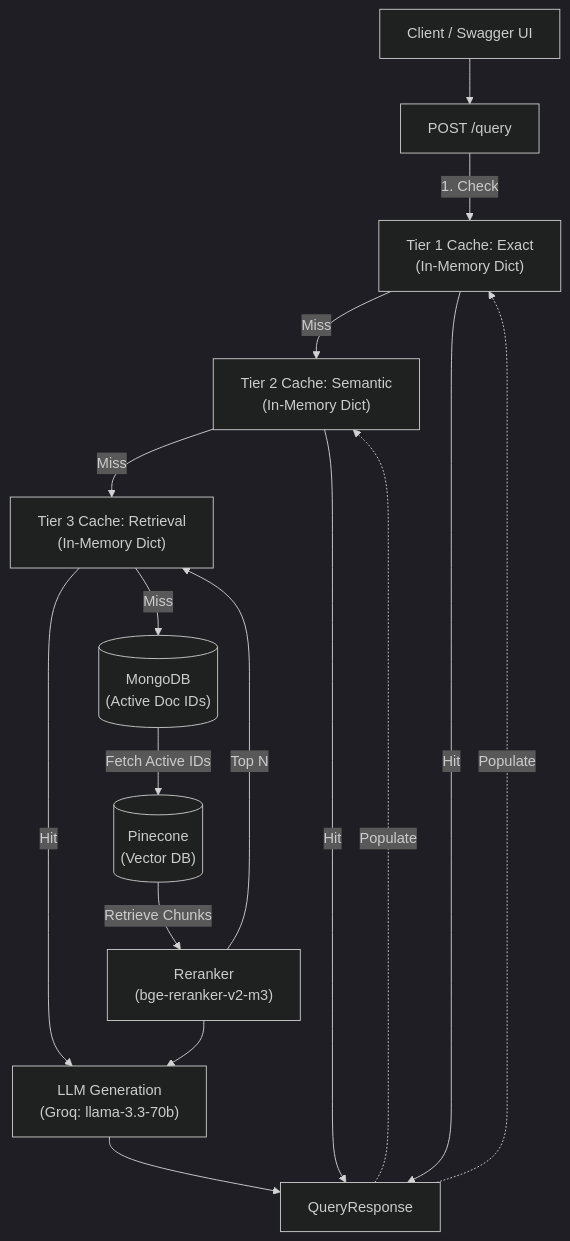
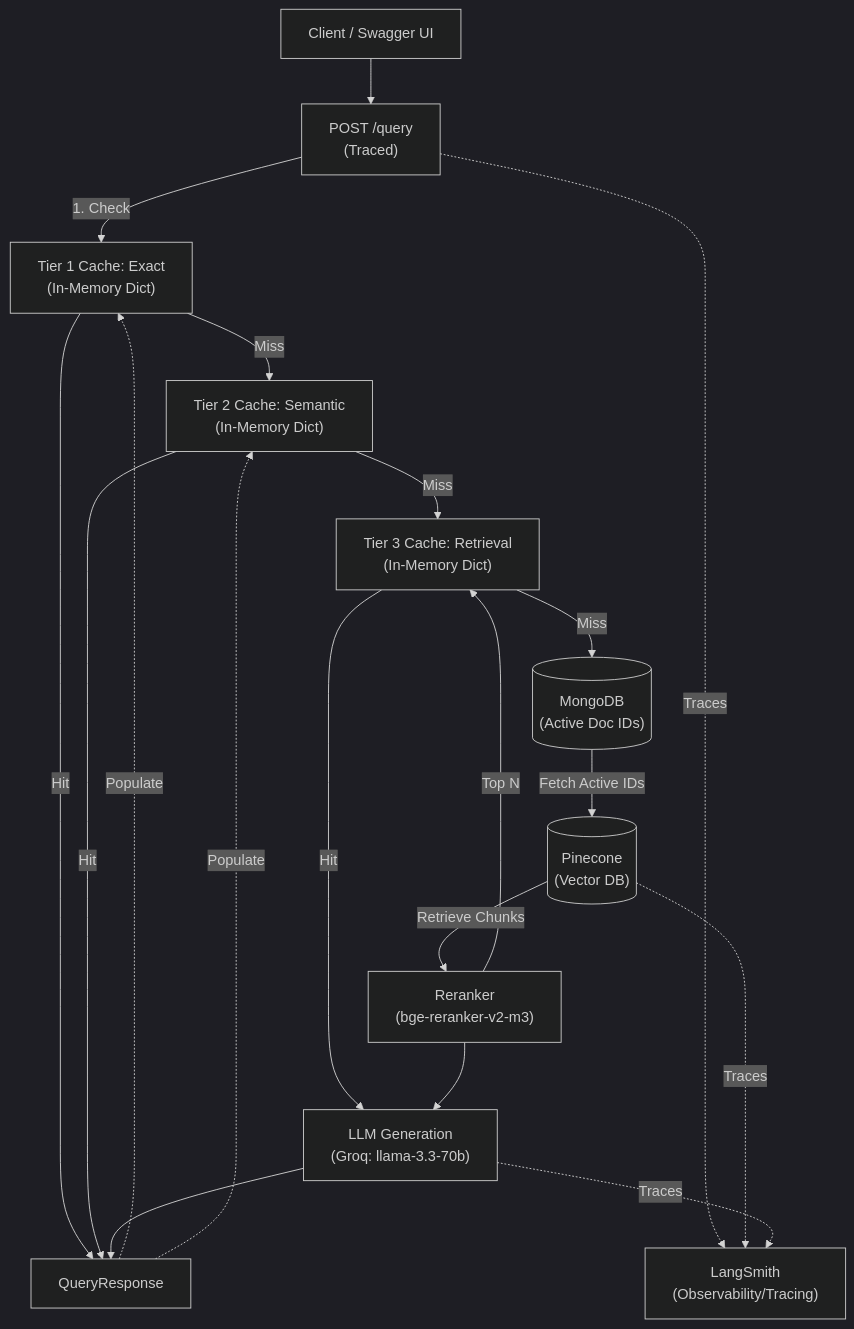
The diagram in docs/architecture.md (questinrest/TierRAG), drawn with Mermaid (dark theme) before and after one commit. The commit also changed other lines of this file and 11 other files, not shown here.

````diff
--- a/docs/architecture.md
+++ b/docs/architecture.md
@@ -22,43 +23,49 @@
 ```mermaid
 flowchart TD
     %% Entities
     Client["Client / Swagger UI"]
-    API["POST /query"]
+    API["POST /query\n(Traced)"]
     
     %% Caches
     Tier1["Tier 1 Cache: Exact\n(In-Memory Dict)"]
     Tier2["Tier 2 Cache: Semantic\n(In-Memory Dict)"]
     Tier3["Tier 3 Cache: Retrieval\n(In-Memory Dict)"]
     
     %% Storage & external
     Mongo[("MongoDB\n(Active Doc IDs)")]
     Pinecone[("Pinecone\n(Vector DB)")]
     Reranker["Reranker\n(bge-reranker-v2-m3)"]
     LLM["LLM Generation\n(Groq: llama-3.3-70b)"]
     Response["QueryResponse"]
+    LangSmith["LangSmith\n(Observability/Tracing)"]
 
     %% Flow
     Client --> API
     API -->|1. Check| Tier1
     
     Tier1 -->|Miss| Tier2
     Tier1 -->|Hit| Response
     
     Tier2 -->|Miss| Tier3
     Tier2 -->|Hit| Response
     
     Tier3 -->|Hit| LLM
     Tier3 -->|Miss| Mongo
     
     Mongo -->|Fetch Active IDs| Pinecone
     Pinecone -->|Retrieve Chunks| Reranker
     
     Reranker -->|Top N| Tier3
     Reranker --> LLM
     
     LLM --> Response
     
     %% Populate Caches (backflow)
     Response -.->|Populate| Tier1
     Response -.->|Populate| Tier2
+
+    %% Tracing
+    API -.->|Traces| LangSmith
+    Pinecone -.->|Traces| LangSmith
+    LLM -.->|Traces| LangSmith
 ```
````
